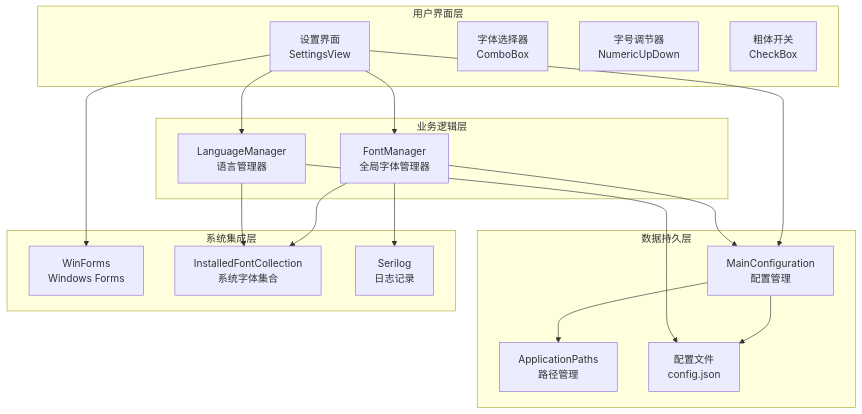
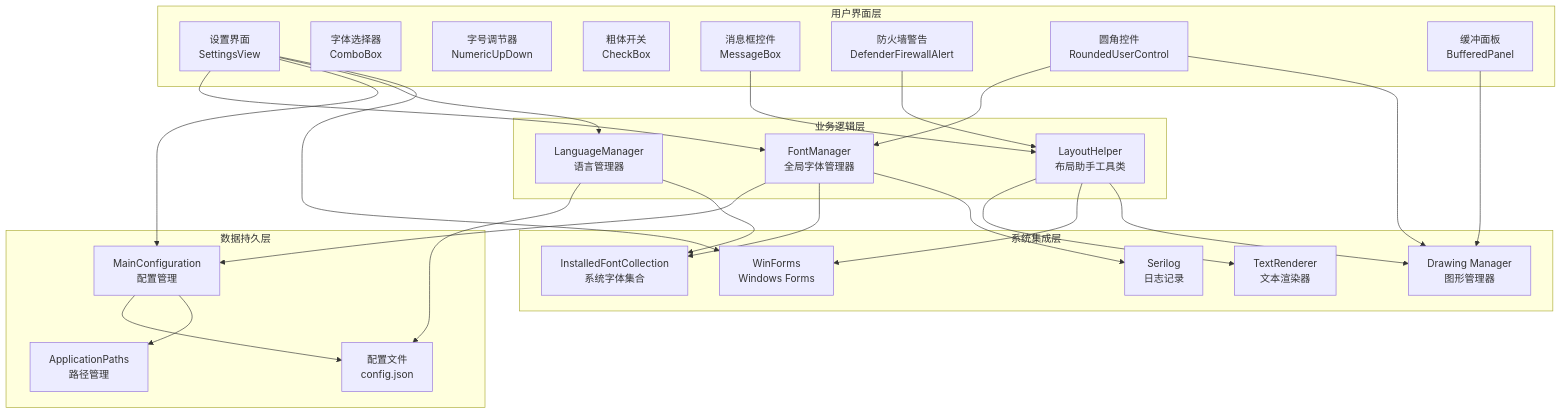
The second of 12 diagrams in .qoder/repowiki/zh/content/工具类库/字体管理系统.md (tea4go/Macro-Deck), drawn with Mermaid before and after one commit. The commit also changed other lines of this file and 63 other files, not shown here.

````diff
--- a/.qoder/repowiki/zh/content/工具类库/字体管理系统.md
+++ b/.qoder/repowiki/zh/content/工具类库/字体管理系统.md
@@ -129,34 +179,49 @@
 ```mermaid
 graph TD
 subgraph "用户界面层"
 UI[设置界面<br/>SettingsView]
 FS[字体选择器<br/>ComboBox]
 FD[字号调节器<br/>NumericUpDown]
 CB[粗体开关<br/>CheckBox]
+MB[消息框控件<br/>MessageBox]
+DFA[防火墙警告<br/>DefenderFirewallAlert]
+RUC[圆角控件<br/>RoundedUserControl]
+BP[缓冲面板<br/>BufferedPanel]
 end
 subgraph "业务逻辑层"
 FM[FontManager<br/>全局字体管理器]
+LH[LayoutHelper<br/>布局助手工具类]
 LC[LanguageManager<br/>语言管理器]
 end
 subgraph "数据持久层"
 MC[MainConfiguration<br/>配置管理]
 AP[ApplicationPaths<br/>路径管理]
 CF[配置文件<br/>config.json]
 end
 subgraph "系统集成层"
 WF[WinForms<br/>Windows Forms]
 IF[InstalledFontCollection<br/>系统字体集合]
 SW[Serilog<br/>日志记录]
+TR[TextRenderer<br/>文本渲染器]
+DM[Drawing Manager<br/>图形管理器]
 end
 UI --> FM
 UI --> MC
 UI --> LC
 UI --> WF
 FM --> MC
 FM --> IF
 FM --> SW
+LH --> TR
+LH --> WF
+LH --> DM
+MB --> LH
+DFA --> LH
+RUC --> FM
+RUC --> DM
+BP --> DM
 MC --> CF
 MC --> AP
 LC --> CF
 LC --> IF
 ```
````
